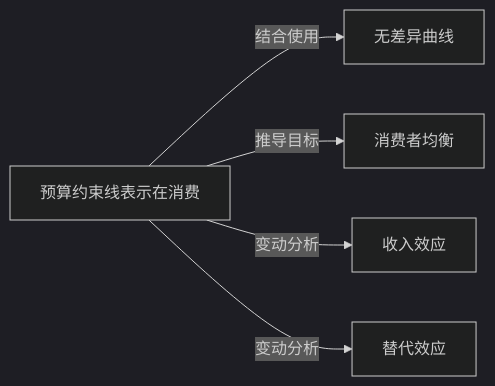
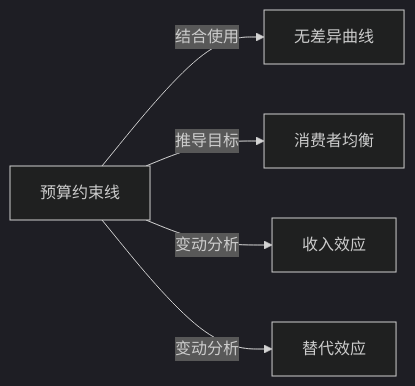
Before and after one commit to KIMMCHOW/MyKnowledge: the diagram in Knowledge/Concepts/经济/预算约束线.md, drawn with Mermaid (dark theme). The commit also changed 96 other files, not shown here.

Commit message:
fix: 修复概念页关系图节点并补齐缺失关联

````diff
--- a/Knowledge/Concepts/经济/预算约束线.md
+++ b/Knowledge/Concepts/经济/预算约束线.md
@@ -42,7 +42,7 @@
 ```mermaid
 graph LR
-    预算约束线表示在消费 -->|结合使用| 无差异曲线
-    预算约束线表示在消费 -->|推导目标| 消费者均衡
-    预算约束线表示在消费 -->|变动分析| 收入效应
-    预算约束线表示在消费 -->|变动分析| 替代效应
+预算约束线 -->|结合使用| 无差异曲线
+预算约束线 -->|推导目标| 消费者均衡
+预算约束线 -->|变动分析| 收入效应
+预算约束线 -->|变动分析| 替代效应
 ```
````
